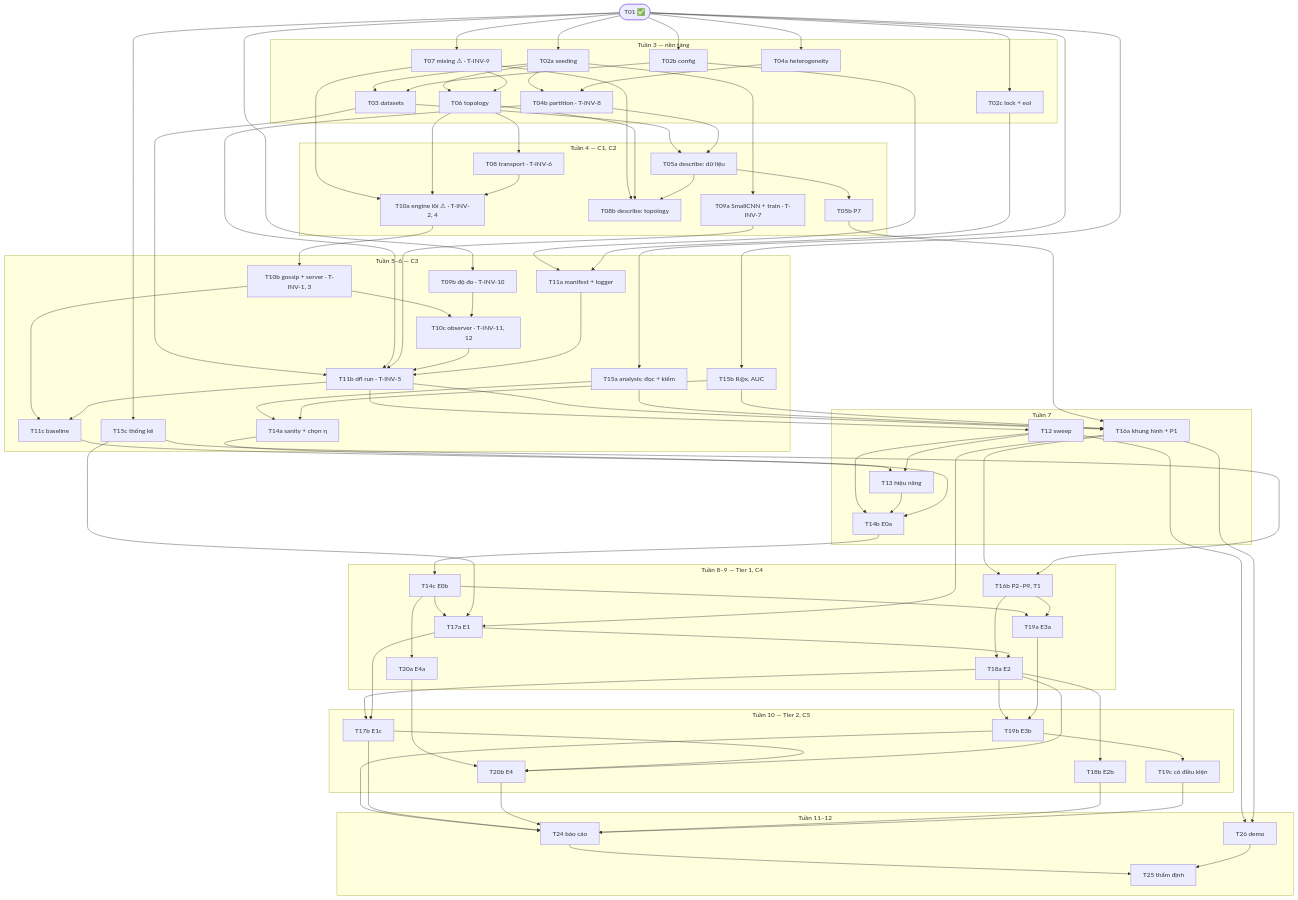
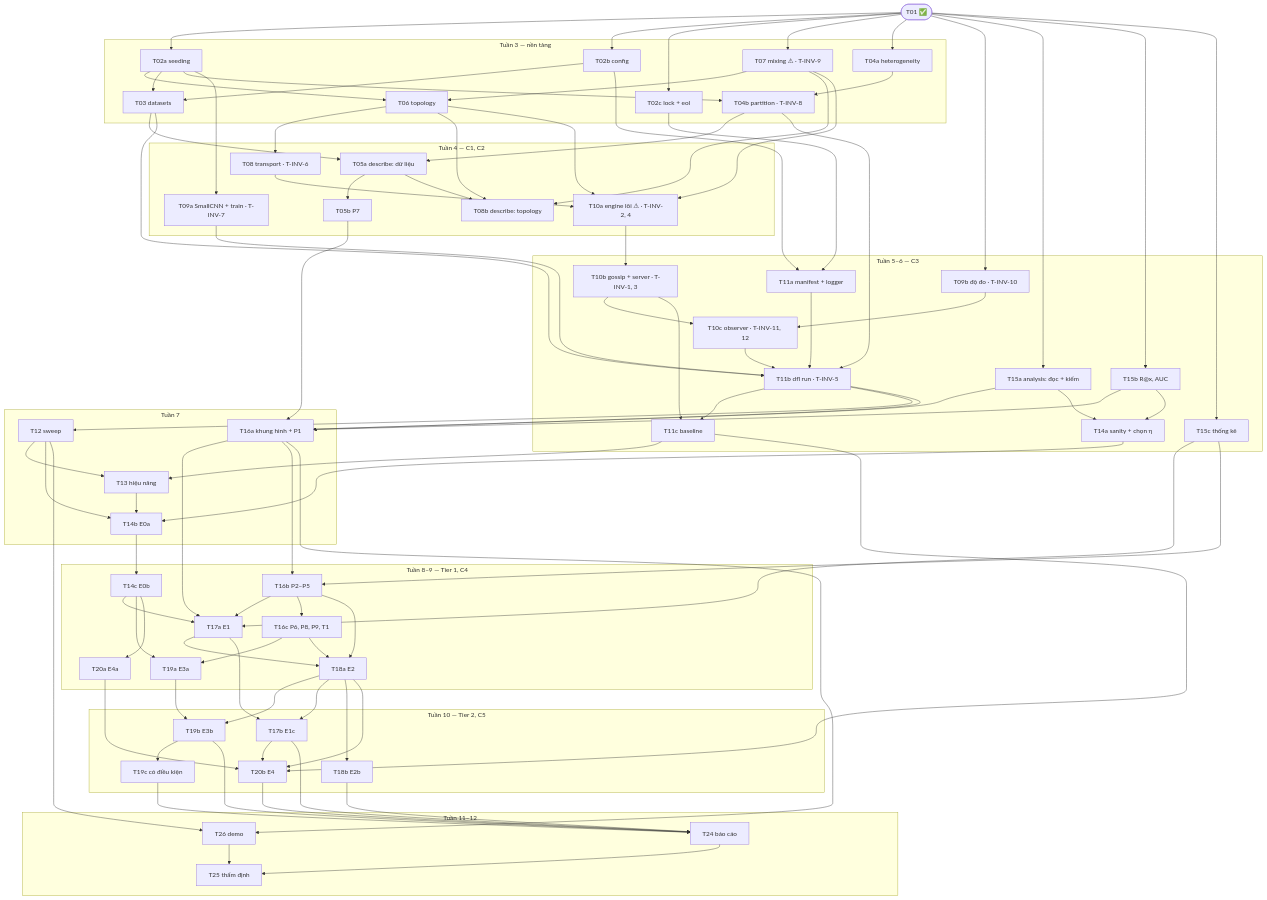
One commit to vytranly/DFL changed the diagram in tasks/plan.md. Above: the diagram before and after it, drawn with Mermaid. The commit also changed other lines of this file and 4 other files, not shown here.

````diff
--- a/tasks/plan.md
+++ b/tasks/plan.md
@@ -55,66 +55,67 @@
 ```mermaid
 flowchart TB
   T01(["T01 ✅"])
   subgraph W3["Tuần 3 — nền tảng"]
     T02a["T02a seeding"]; T02b["T02b config"]; T02c["T02c lock + eol"]
     T07["T07 mixing ⚠ · T-INV-9"]; T06["T06 topology"]
     T04a["T04a heterogeneity"]; T03["T03 datasets"]; T04b["T04b partition · T-INV-8"]
   end
   subgraph W4["Tuần 4 — C1, C2"]
     T05a["T05a describe: dữ liệu"]; T05b["T05b P7"]
     T08["T08 transport · T-INV-6"]; T08b["T08b describe: topology"]
     T10a["T10a engine lõi ⚠ · T-INV-2, 4"]; T09a["T09a SmallCNN + train · T-INV-7"]
   end
   subgraph W56["Tuần 5–6 — C3"]
     T09b["T09b độ đo · T-INV-10"]; T10b["T10b gossip + server · T-INV-1, 3"]
     T10c["T10c observer · T-INV-11, 12"]; T11a["T11a manifest + logger"]
     T11b["T11b dfl run · T-INV-5"]; T11c["T11c baseline"]
     T15a["T15a analysis: đọc + kiểm"]; T15b["T15b R@x, AUC"]; T15c["T15c thống kê"]; T14a["T14a sanity + chọn η"]
   end
   subgraph W7["Tuần 7"]
     T12["T12 sweep"]; T13["T13 hiệu năng"]; T16a["T16a khung hình + P1"]; T14b["T14b E0a"]
   end
   subgraph W89["Tuần 8–9 — Tier 1, C4"]
-    T14c["T14c E0b"]; T17a["T17a E1"]; T19a["T19a E3a"]; T20a["T20a E4a"]; T16b["T16b P2–P9, T1"]; T18a["T18a E2"]
+    T14c["T14c E0b"]; T17a["T17a E1"]; T19a["T19a E3a"]; T20a["T20a E4a"]; T16b["T16b P2–P5"]; T16c["T16c P6, P8, P9, T1"]; T18a["T18a E2"]
   end
   subgraph W10["Tuần 10 — Tier 2, C5"]
     T19b["T19b E3b"]; T17b["T17b E1c"]; T20b["T20b E4"]; T18b["T18b E2b"]; T19c["T19c có điều kiện"]
   end
   subgraph W11["Tuần 11–12"]
     T26["T26 demo"]; T24["T24 báo cáo"]; T25["T25 thẩm định"]
   end
   T01 --> T02a & T02b & T02c & T07 & T04a & T09b & T15a & T15b & T15c
   T02a --> T06 & T03 & T04b & T09a
   T02b --> T03 & T11a
   T02c --> T11a
   T07 --> T06 & T08b & T10a
   T06 --> T08 & T08b & T10a
   T04a --> T04b
   T03 --> T05a & T11b
   T04b --> T05a & T11b
   T05a --> T05b & T08b
   T08 --> T10a
   T10a --> T10b --> T10c
   T09b --> T10c
   T10b --> T11c
   T09a & T10c & T11a --> T11b
   T11b --> T11c & T12 & T16a
   T11c --> T13
   T12 --> T13
   T05b & T15a & T15b --> T16a
   T15a & T15b --> T14a
   T12 & T13 & T14a --> T14b --> T14c
   T14c --> T17a & T19a & T20a
-  T15c & T16a --> T17a
-  T16a & T15c --> T16b
-  T16b --> T19a & T18a
+  T15c & T16a & T16b --> T17a
+  T16a & T15c --> T16b --> T16c
+  T16c --> T19a & T18a
+  T16b --> T18a
   T17a --> T18a
   T18a --> T19b & T17b & T18b
   T19a --> T19b
   T17a --> T17b
-  T20a & T17b & T18a --> T20b
+  T20a & T17b & T18a & T11c --> T20b
   T19b --> T19c
   T19b & T17b & T20b & T18b & T19c --> T24
   T12 & T16a --> T26
   T24 & T26 --> T25
 ```
````
